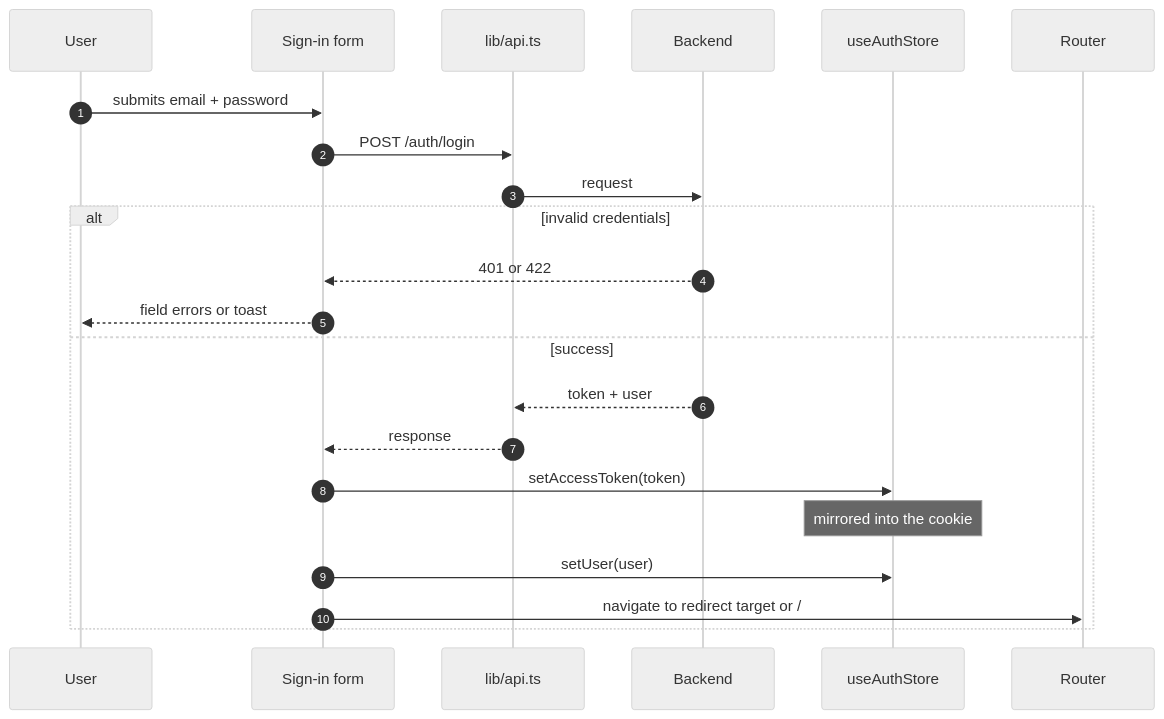
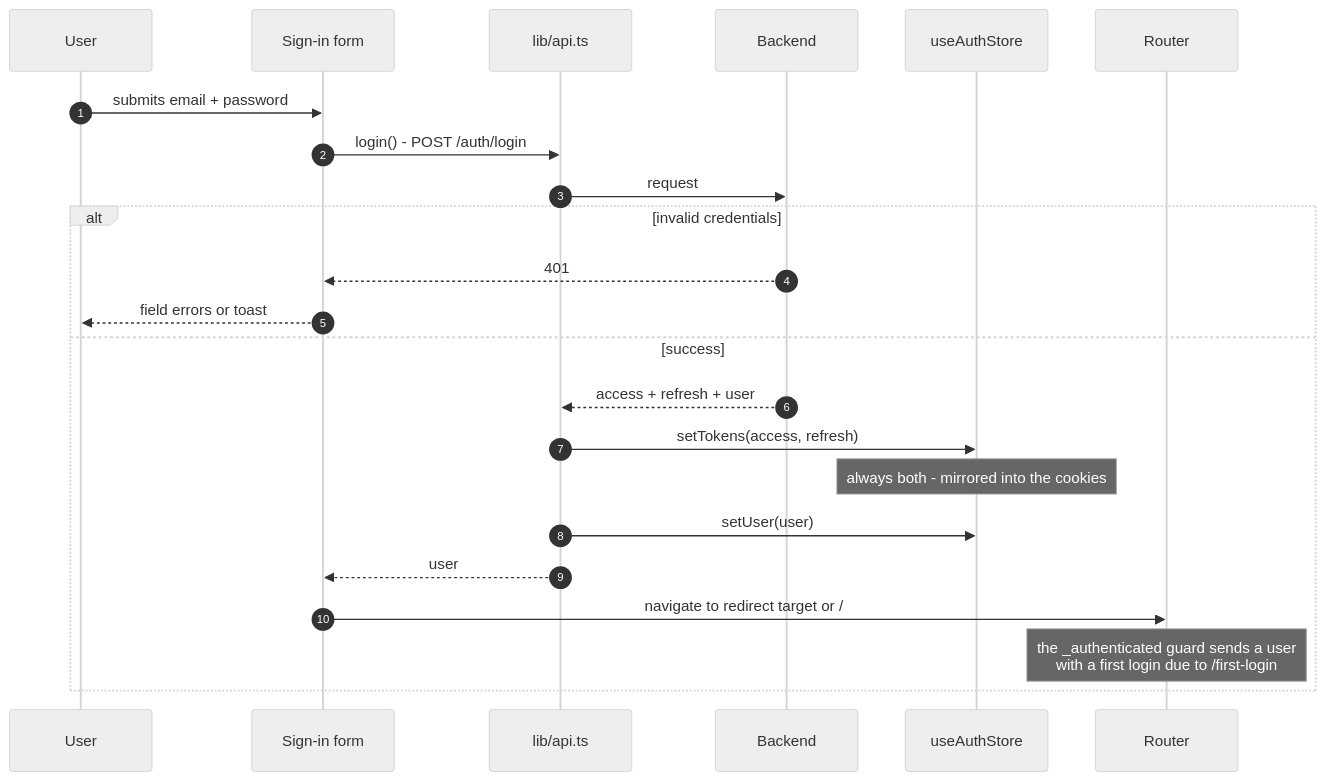
One commit to TGCTZ/TGC-SERVICE-FRONTEND changed the second of 7 diagrams in docs/diagrams/authentication.md. Above: the diagram before and after it, drawn with Mermaid (neutral theme). The commit also changed other lines of this file and 6 other files, not shown here.

Commit message:
Docs(): Corrected stale docs and documented the dashboard, first login and role hierarchy

````diff
--- a/docs/diagrams/authentication.md
+++ b/docs/diagrams/authentication.md
@@ -33,25 +33,26 @@
 ```mermaid
 sequenceDiagram
     autonumber
     participant U as User
     participant F as Sign-in form
     participant A as lib/api.ts
     participant API as Backend
     participant S as useAuthStore
     participant R as Router
 
     U->>F: submits email + password
-    F->>A: POST /auth/login
+    F->>A: login() - POST /auth/login
     A->>API: request
     alt invalid credentials
-        API-->>F: 401 or 422
+        API-->>F: 401
         F-->>U: field errors or toast
     else success
-        API-->>A: token + user
-        A-->>F: response
-        F->>S: setAccessToken(token)
-        Note over S: mirrored into the cookie
-        F->>S: setUser(user)
+        API-->>A: access + refresh + user
+        A->>S: setTokens(access, refresh)
+        Note over S: always both - mirrored into the cookies
+        A->>S: setUser(user)
+        A-->>F: user
         F->>R: navigate to redirect target or /
+        Note over R: the _authenticated guard sends a user<br/>with a first login due to /first-login
     end
 ```
````
